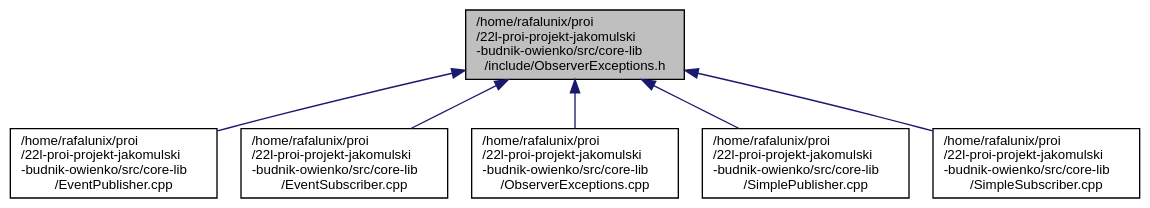
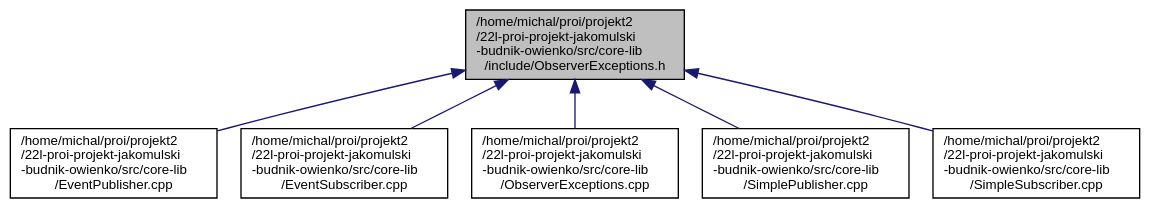
The diagram in doc/rtf/_observer_exceptions_8h__dep__incl.dot (SNURTEL/battle-city), drawn with Graphviz before and after one commit. The commit also changed 1284 other files, not shown here.

```diff
--- a/doc/rtf/_observer_exceptions_8h__dep__incl.dot
+++ b/doc/rtf/_observer_exceptions_8h__dep__incl.dot
@@ -1,19 +1,19 @@
-digraph "/home/rafalunix/proi/22l-proi-projekt-jakomulski-budnik-owienko/src/core-lib/include/ObserverExceptions.h"
+digraph "/home/michal/proi/projekt2/22l-proi-projekt-jakomulski-budnik-owienko/src/core-lib/include/ObserverExceptions.h"
 {
  // INTERACTIVE_SVG=YES
  // LATEX_PDF_SIZE
   bgcolor="transparent";
   edge [fontname="Helvetica",fontsize="10",labelfontname="Helvetica",labelfontsize="10"];
   node [fontname="Helvetica",fontsize="10",shape=record];
-  Node1 [label="/home/rafalunix/proi\l/22l-proi-projekt-jakomulski\l-budnik-owienko/src/core-lib\l/include/ObserverExceptions.h",height=0.2,width=0.4,color="black", fillcolor="grey75", style="filled", fontcolor="black",tooltip=" "];
+  Node1 [label="/home/michal/proi/projekt2\l/22l-proi-projekt-jakomulski\l-budnik-owienko/src/core-lib\l/include/ObserverExceptions.h",height=0.2,width=0.4,color="black", fillcolor="grey75", style="filled", fontcolor="black",tooltip=" "];
   Node1 -> Node2 [dir="back",color="midnightblue",fontsize="10",style="solid",fontname="Helvetica"];
-  Node2 [label="/home/rafalunix/proi\l/22l-proi-projekt-jakomulski\l-budnik-owienko/src/core-lib\l/EventPublisher.cpp",height=0.2,width=0.4,color="black",URL="$_event_publisher_8cpp.html",tooltip=" "];
+  Node2 [label="/home/michal/proi/projekt2\l/22l-proi-projekt-jakomulski\l-budnik-owienko/src/core-lib\l/EventPublisher.cpp",height=0.2,width=0.4,color="black",URL="$_event_publisher_8cpp.html",tooltip=" "];
   Node1 -> Node3 [dir="back",color="midnightblue",fontsize="10",style="solid",fontname="Helvetica"];
-  Node3 [label="/home/rafalunix/proi\l/22l-proi-projekt-jakomulski\l-budnik-owienko/src/core-lib\l/EventSubscriber.cpp",height=0.2,width=0.4,color="black",URL="$_event_subscriber_8cpp.html",tooltip=" "];
+  Node3 [label="/home/michal/proi/projekt2\l/22l-proi-projekt-jakomulski\l-budnik-owienko/src/core-lib\l/EventSubscriber.cpp",height=0.2,width=0.4,color="black",URL="$_event_subscriber_8cpp.html",tooltip=" "];
   Node1 -> Node4 [dir="back",color="midnightblue",fontsize="10",style="solid",fontname="Helvetica"];
-  Node4 [label="/home/rafalunix/proi\l/22l-proi-projekt-jakomulski\l-budnik-owienko/src/core-lib\l/ObserverExceptions.cpp",height=0.2,width=0.4,color="black",URL="$_observer_exceptions_8cpp.html",tooltip=" "];
+  Node4 [label="/home/michal/proi/projekt2\l/22l-proi-projekt-jakomulski\l-budnik-owienko/src/core-lib\l/ObserverExceptions.cpp",height=0.2,width=0.4,color="black",URL="$_observer_exceptions_8cpp.html",tooltip=" "];
   Node1 -> Node5 [dir="back",color="midnightblue",fontsize="10",style="solid",fontname="Helvetica"];
-  Node5 [label="/home/rafalunix/proi\l/22l-proi-projekt-jakomulski\l-budnik-owienko/src/core-lib\l/SimplePublisher.cpp",height=0.2,width=0.4,color="black",URL="$_simple_publisher_8cpp.html",tooltip=" "];
+  Node5 [label="/home/michal/proi/projekt2\l/22l-proi-projekt-jakomulski\l-budnik-owienko/src/core-lib\l/SimplePublisher.cpp",height=0.2,width=0.4,color="black",URL="$_simple_publisher_8cpp.html",tooltip=" "];
   Node1 -> Node6 [dir="back",color="midnightblue",fontsize="10",style="solid",fontname="Helvetica"];
-  Node6 [label="/home/rafalunix/proi\l/22l-proi-projekt-jakomulski\l-budnik-owienko/src/core-lib\l/SimpleSubscriber.cpp",height=0.2,width=0.4,color="black",URL="$_simple_subscriber_8cpp.html",tooltip=" "];
+  Node6 [label="/home/michal/proi/projekt2\l/22l-proi-projekt-jakomulski\l-budnik-owienko/src/core-lib\l/SimpleSubscriber.cpp",height=0.2,width=0.4,color="black",URL="$_simple_subscriber_8cpp.html",tooltip=" "];
 }
```
